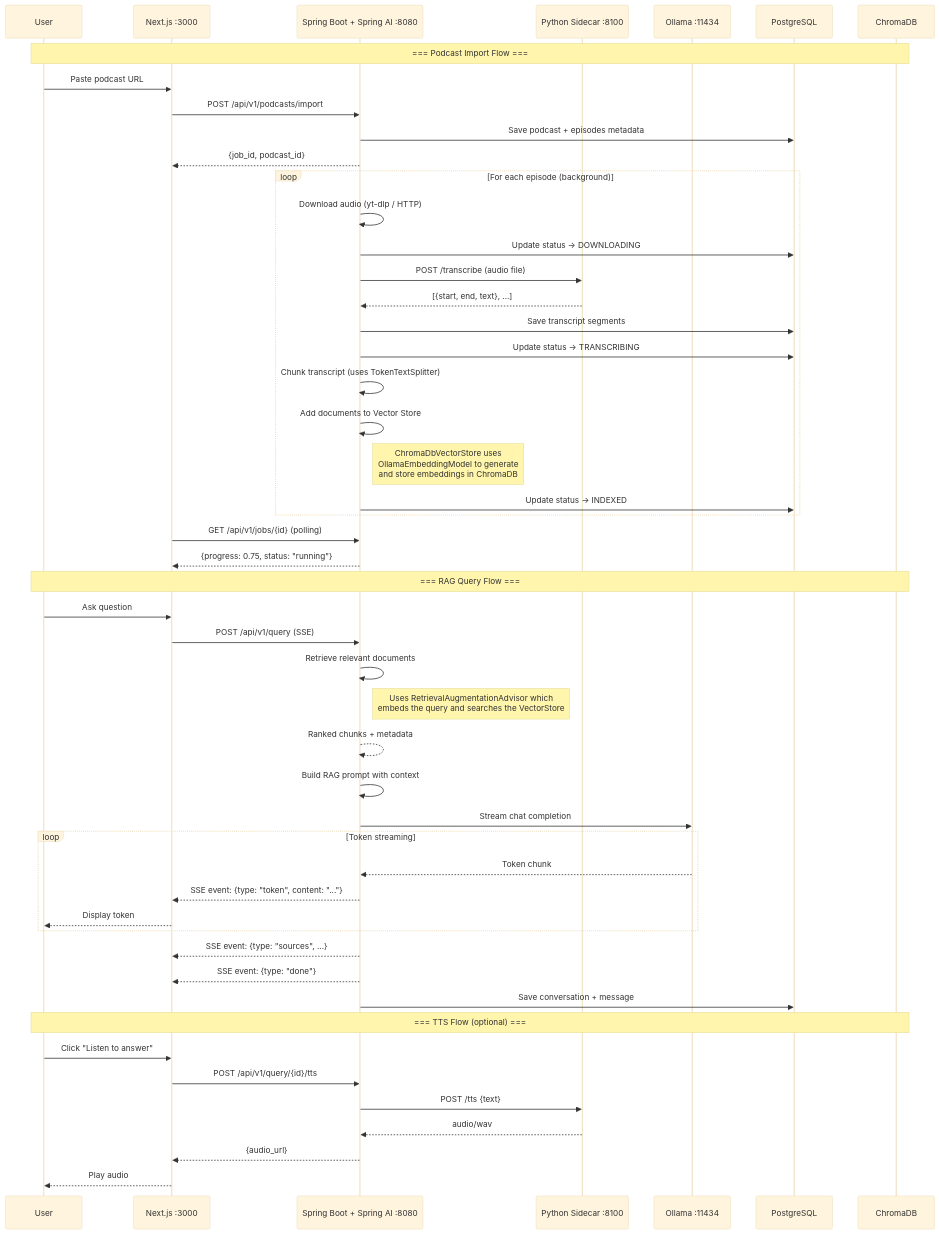
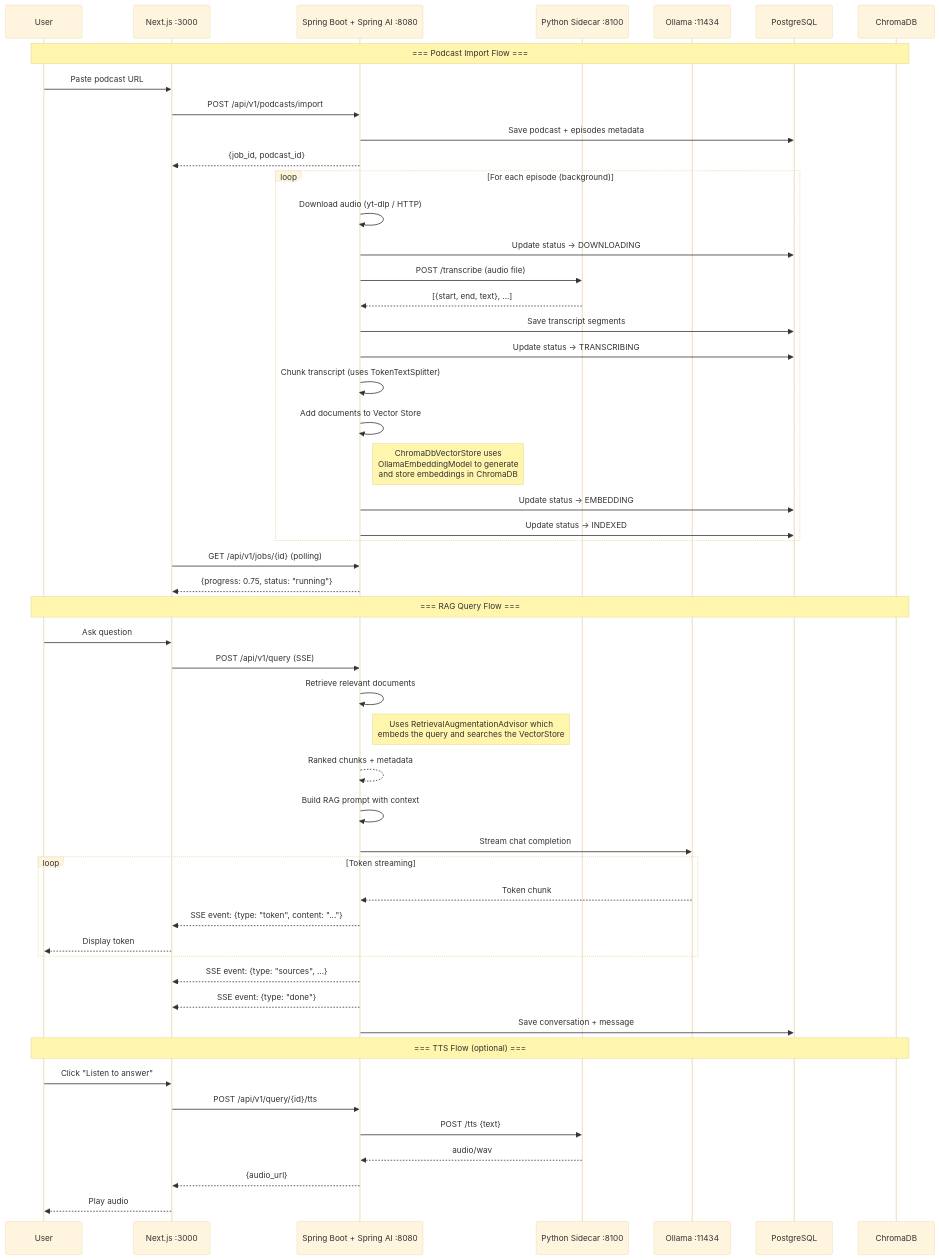
Before and after one commit to jsohi/localloom: the sixth of 7 diagrams in docs/DIAGRAMS.md, drawn with Mermaid (base theme). The commit also changed other lines of this file and 1 other file, not shown here.

First line of the commit message:
Address PR review: fix stale refs, simplify flowcharts, add version note

````diff
--- a/docs/DIAGRAMS.md
+++ b/docs/DIAGRAMS.md
@@ -288,63 +279,64 @@
 ```mermaid
 sequenceDiagram
     participant User
     participant Frontend as Next.js :3000
     participant API as Spring Boot + Spring AI :8080
     participant Sidecar as Python Sidecar :8100
     participant Ollama as Ollama :11434
     participant DB as PostgreSQL
     participant ChromaDB
 
     Note over User,ChromaDB: === Podcast Import Flow ===
 
     User->>Frontend: Paste podcast URL
     Frontend->>API: POST /api/v1/podcasts/import
     API->>DB: Save podcast + episodes metadata
     API-->>Frontend: {job_id, podcast_id}
 
     loop For each episode (background)
         API->>API: Download audio (yt-dlp / HTTP)
         API->>DB: Update status → DOWNLOADING
         API->>Sidecar: POST /transcribe (audio file)
         Sidecar-->>API: [{start, end, text}, ...]
         API->>DB: Save transcript segments
         API->>DB: Update status → TRANSCRIBING
         API->>API: Chunk transcript (uses TokenTextSplitter)
         API->>API: Add documents to Vector Store
         Note right of API: ChromaDbVectorStore uses<br/>OllamaEmbeddingModel to generate<br/>and store embeddings in ChromaDB
+        API->>DB: Update status → EMBEDDING
         API->>DB: Update status → INDEXED
     end
 
     Frontend->>API: GET /api/v1/jobs/{id} (polling)
     API-->>Frontend: {progress: 0.75, status: "running"}
 
     Note over User,ChromaDB: === RAG Query Flow ===
 
     User->>Frontend: Ask question
     Frontend->>API: POST /api/v1/query (SSE)
     API->>API: Retrieve relevant documents
     Note right of API: Uses RetrievalAugmentationAdvisor which<br/>embeds the query and searches the VectorStore
     API-->>API: Ranked chunks + metadata
 
     API->>API: Build RAG prompt with context
     API->>Ollama: Stream chat completion
 
     loop Token streaming
         Ollama-->>API: Token chunk
         API-->>Frontend: SSE event: {type: "token", content: "..."}
         Frontend-->>User: Display token
     end
 
     API-->>Frontend: SSE event: {type: "sources", ...}
     API-->>Frontend: SSE event: {type: "done"}
     API->>DB: Save conversation + message
 
     Note over User,ChromaDB: === TTS Flow (optional) ===
 
     User->>Frontend: Click "Listen to answer"
     Frontend->>API: POST /api/v1/query/{id}/tts
     API->>Sidecar: POST /tts {text}
     Sidecar-->>API: audio/wav
     API-->>Frontend: {audio_url}
     Frontend-->>User: Play audio
 ```
````
